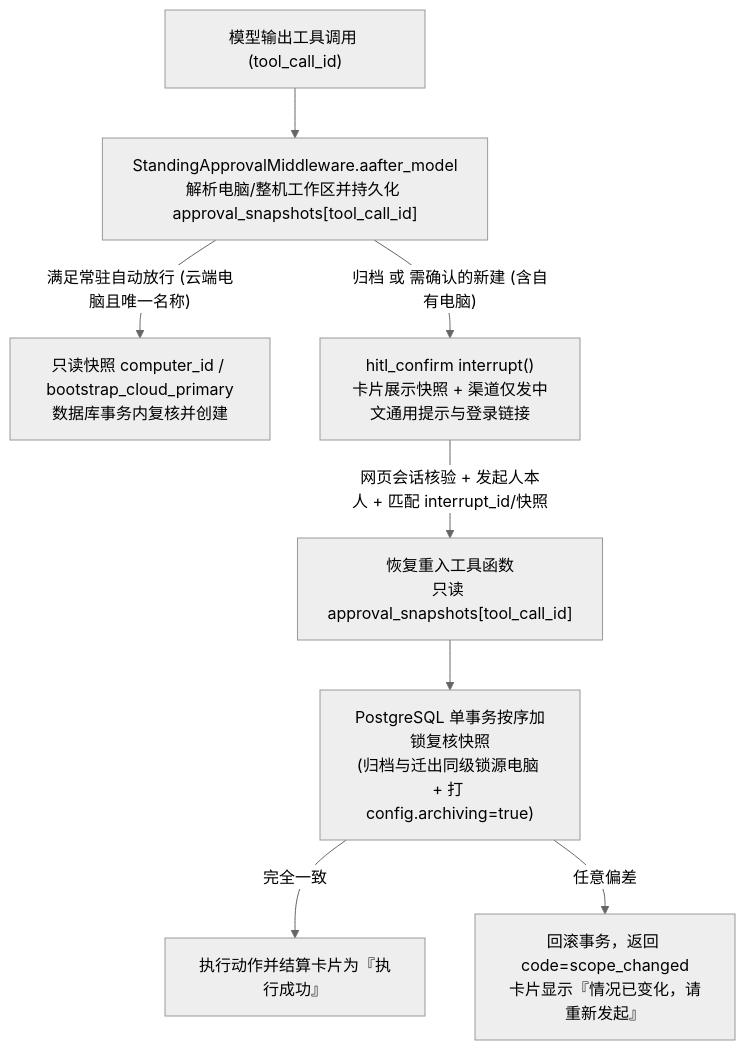
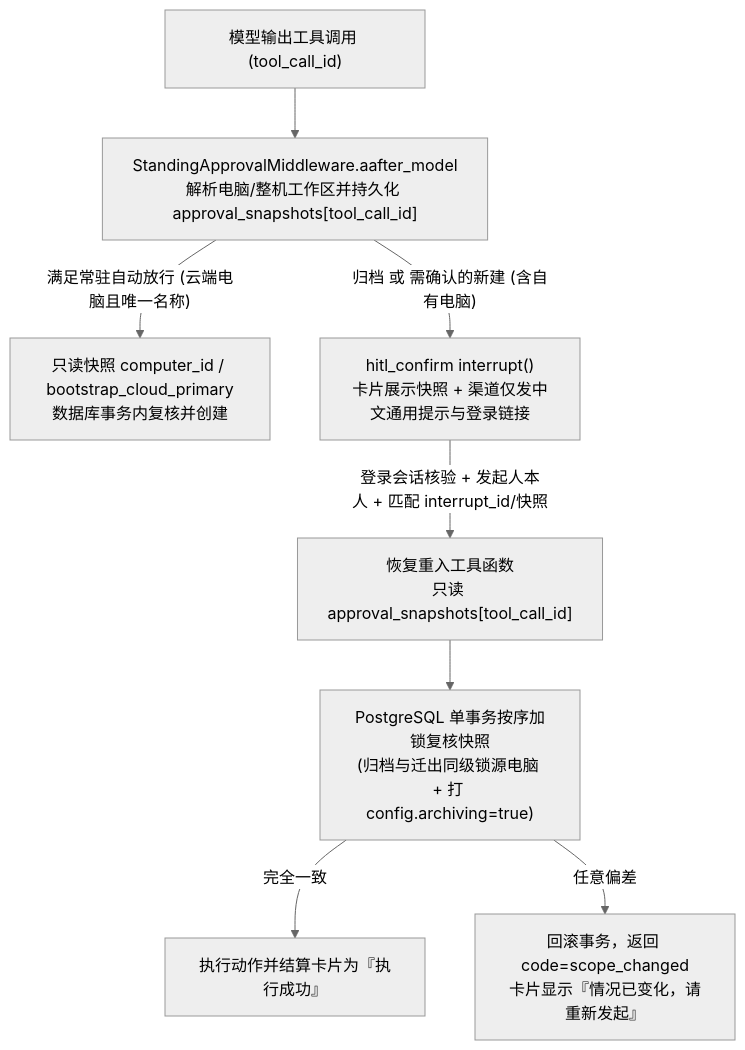
One commit to everflowinv/dalton-langalpha changed the diagram in docs/dalton/features/cos-settings-tools.md. Above: the diagram before and after it, drawn with Mermaid (neutral theme). The commit also changed other lines of this file and 10 other files, not shown here.

````diff
--- a/docs/dalton/features/cos-settings-tools.md
+++ b/docs/dalton/features/cos-settings-tools.md
@@ -85,10 +85,10 @@
 ```mermaid
 flowchart TD
     M["模型输出工具调用 (tool_call_id)"] --> MW["StandingApprovalMiddleware.aafter_model<br/>解析电脑/整机工作区并持久化 approval_snapshots[tool_call_id]"]
     MW -->|"满足常驻自动放行 (云端电脑且唯一名称)"| EXEC_CREATE["只读快照 computer_id / bootstrap_cloud_primary<br/>数据库事务内复核并创建"]
     MW -->|"归档 或 需确认的新建 (含自有电脑)"| INT["hitl_confirm interrupt()<br/>卡片展示快照 + 渠道仅发中文通用提示与登录链接"]
-    INT -->|"网页会话核验 + 发起人本人 + 匹配 interrupt_id/快照"| RESUME["恢复重入工具函数<br/>只读 approval_snapshots[tool_call_id]"]
+    INT -->|"登录会话核验 + 发起人本人 + 匹配 interrupt_id/快照"| RESUME["恢复重入工具函数<br/>只读 approval_snapshots[tool_call_id]"]
     RESUME --> TX["PostgreSQL 单事务按序加锁复核快照<br/>(归档与迁出同级锁源电脑 + 打 config.archiving=true)"]
     TX -->|"完全一致"| DONE["执行动作并结算卡片为『执行成功』"]
     TX -->|"任意偏差"| ABORT["回滚事务，返回 code=scope_changed<br/>卡片显示『情况已变化，请重新发起』"]
 ```
````
